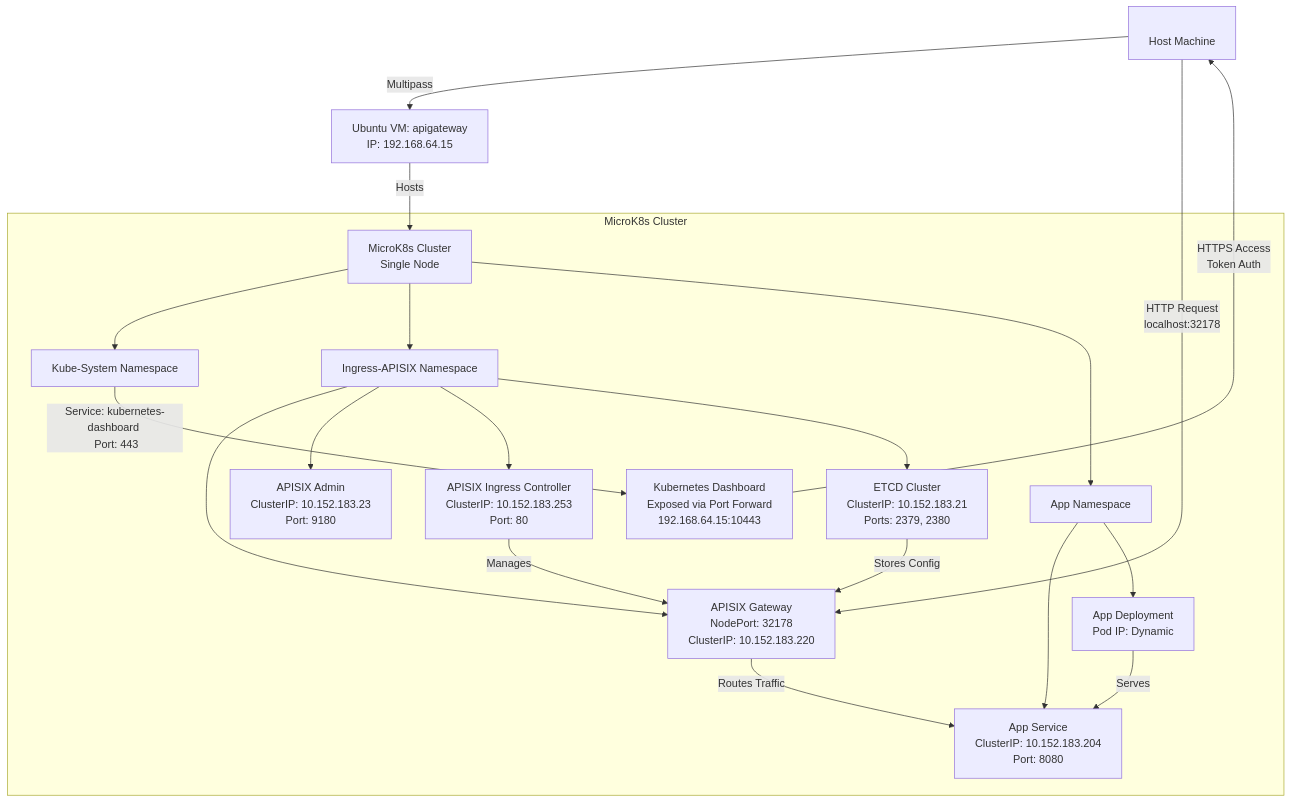
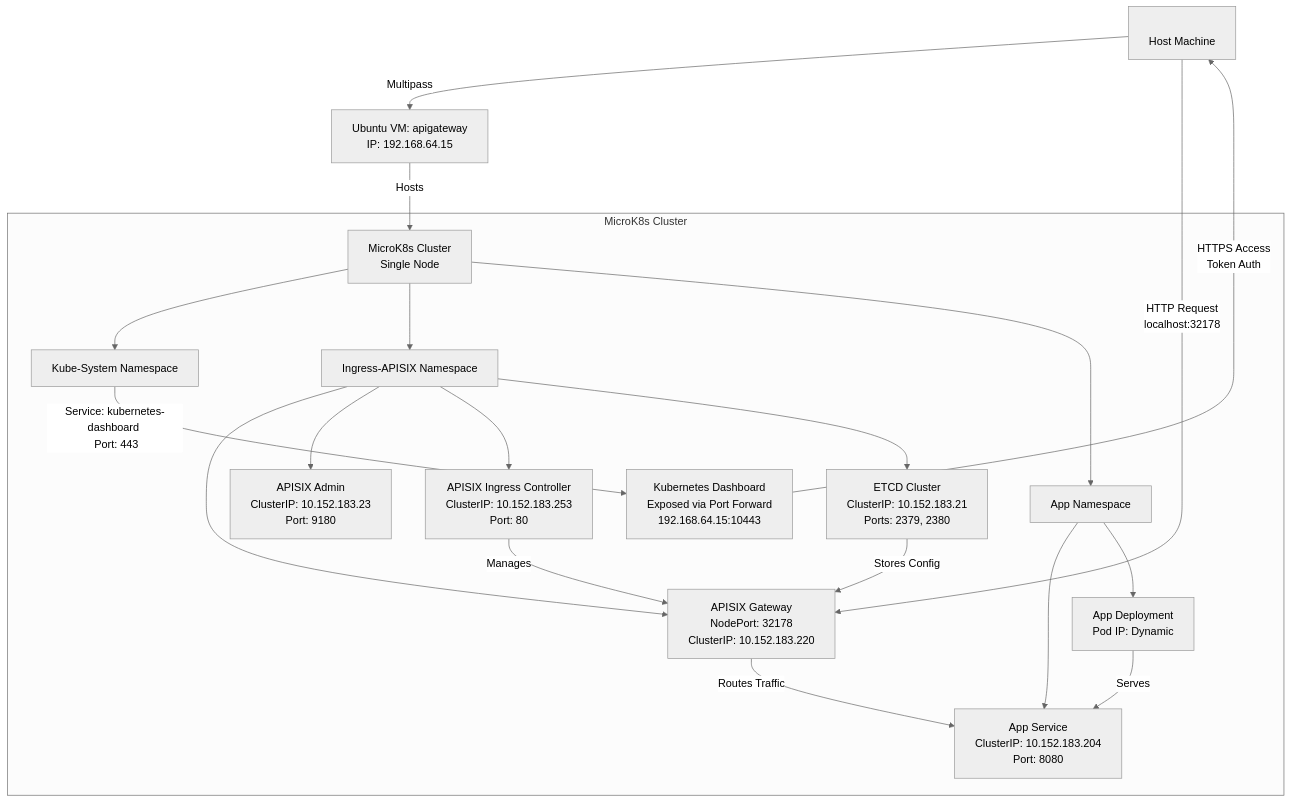
One commit to rajashtani/InsightForge changed the diagram in apigateway/README.md. Above: the diagram before and after it, drawn with Mermaid.

````diff
--- a/apigateway/README.md
+++ b/apigateway/README.md
@@ -11,29 +11,30 @@
 ```mermaid
+%%{ init: { 'theme': 'neutral' } }%%
 graph TD
     A[<br> Host Machine <br>] -->|Multipass| B[Ubuntu VM: apigateway <br> IP: 192.168.64.15]
 
     B -->|Hosts| C[MicroK8s Cluster <br> Single Node]
 
     subgraph MicroK8s Cluster
         C --> D[Kube-System Namespace]
         C --> E[Ingress-APISIX Namespace]
         C --> F[App Namespace]
 
         D -->|Service: kubernetes-dashboard <br> Port: 443| G[Kubernetes Dashboard <br> Exposed via Port Forward <br> 192.168.64.15:10443]
         
         E --> H[APISIX Gateway <br> NodePort: 32178 <br> ClusterIP: 10.152.183.220]
         E --> I[APISIX Admin <br> ClusterIP: 10.152.183.23 <br> Port: 9180]
         E --> J[APISIX Ingress Controller <br> ClusterIP: 10.152.183.253 <br> Port: 80]
         E --> K[ETCD Cluster <br> ClusterIP: 10.152.183.21 <br> Ports: 2379, 2380]
 
         F --> L[App Service <br> ClusterIP: 10.152.183.204 <br> Port: 8080]
         F --> M[App Deployment <br> Pod IP: Dynamic]
     end
 
     A -->|HTTP Request <br> localhost:32178| H
     H -->|Routes Traffic| L
     G -->|HTTPS Access <br> Token Auth| A
     J -->|Manages| H
     K -->|Stores Config| H
     M -->|Serves| L
 ```
````
